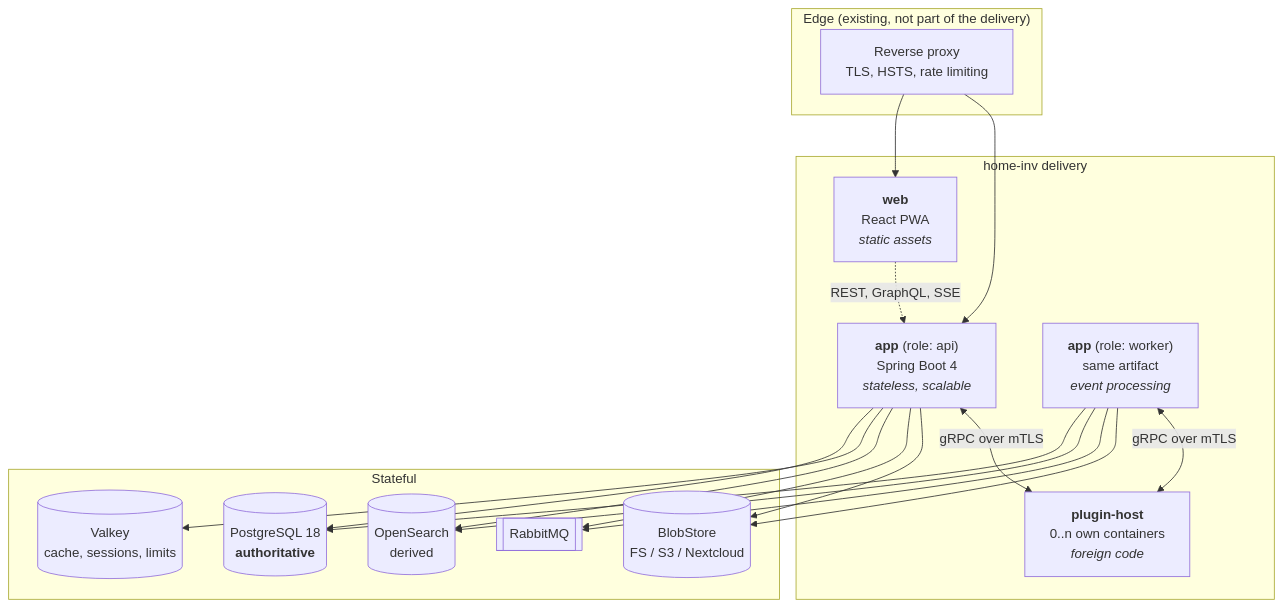
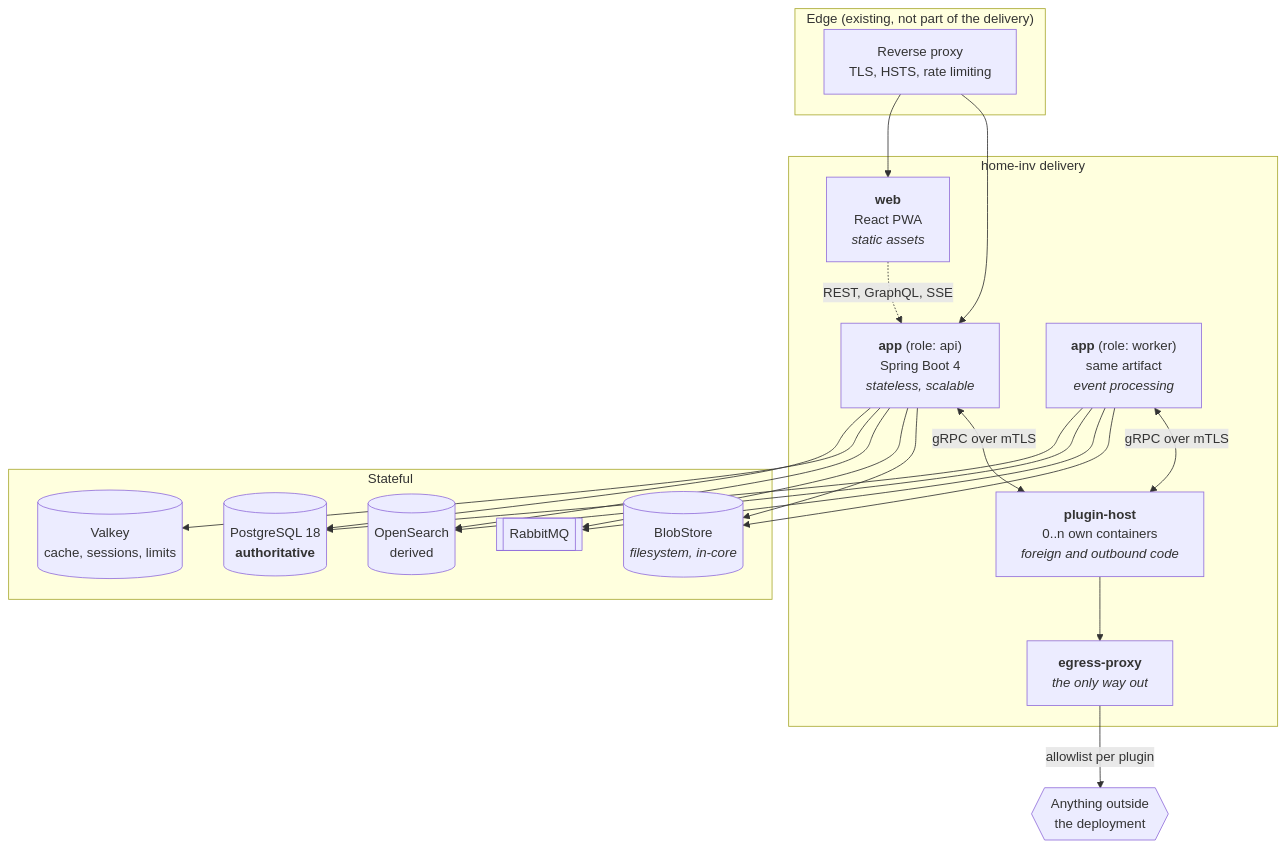
Before and after one commit to greluc/Home-Inventory: the first of 2 diagrams in docs/architecture/04-building-blocks.md, drawn with Mermaid. The commit also changed other lines of this file and 38 other files, not shown here.

````diff
--- a/docs/architecture/04-building-blocks.md
+++ b/docs/architecture/04-building-blocks.md
@@ -5,36 +5,41 @@
 ```mermaid
 graph TB
     subgraph Edge["Edge (existing, not part of the delivery)"]
         RP["Reverse proxy<br/>TLS, HSTS, rate limiting"]
     end
 
     subgraph Delivery["home-inv delivery"]
         WEB["<b>web</b><br/>React PWA<br/><i>static assets</i>"]
         API["<b>app</b> (role: api)<br/>Spring Boot 4<br/><i>stateless, scalable</i>"]
         WRK["<b>app</b> (role: worker)<br/>same artifact<br/><i>event processing</i>"]
-        PLG["<b>plugin-host</b><br/>0..n own containers<br/><i>foreign code</i>"]
+        PLG["<b>plugin-host</b><br/>0..n own containers<br/><i>foreign and outbound code</i>"]
+        EGP["<b>egress-proxy</b><br/><i>the only way out</i>"]
     end
 
     subgraph State["Stateful"]
         PG[("PostgreSQL 18<br/><b>authoritative</b>")]
         OS[("OpenSearch<br/>derived")]
         MQ[["RabbitMQ"]]
         KV[("Valkey<br/>cache, sessions, limits")]
-        BLOB[("BlobStore<br/>FS / S3 / Nextcloud")]
+        BLOB[("BlobStore<br/><i>filesystem, in-core</i>")]
     end
+
+    EXT{{"Anything outside<br/>the deployment"}}
 
     RP --> WEB
     RP --> API
     WEB -.->|"REST, GraphQL, SSE"| API
     API --> PG
     API --> KV
     API --> OS
     API --> MQ
     API --> BLOB
     WRK --> PG
     WRK --> OS
     WRK --> MQ
     WRK --> BLOB
     API <-->|"gRPC over mTLS"| PLG
     WRK <-->|"gRPC over mTLS"| PLG
+    PLG --> EGP
+    EGP -->|"allowlist per plugin"| EXT
 ```
````
